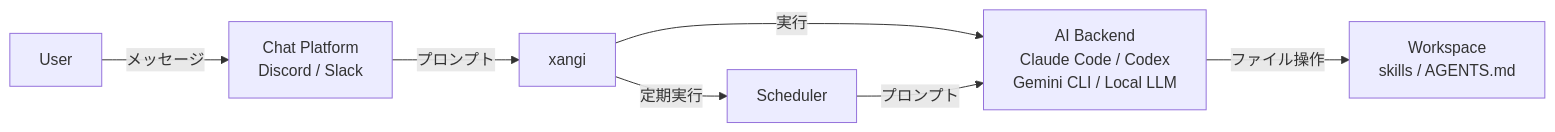
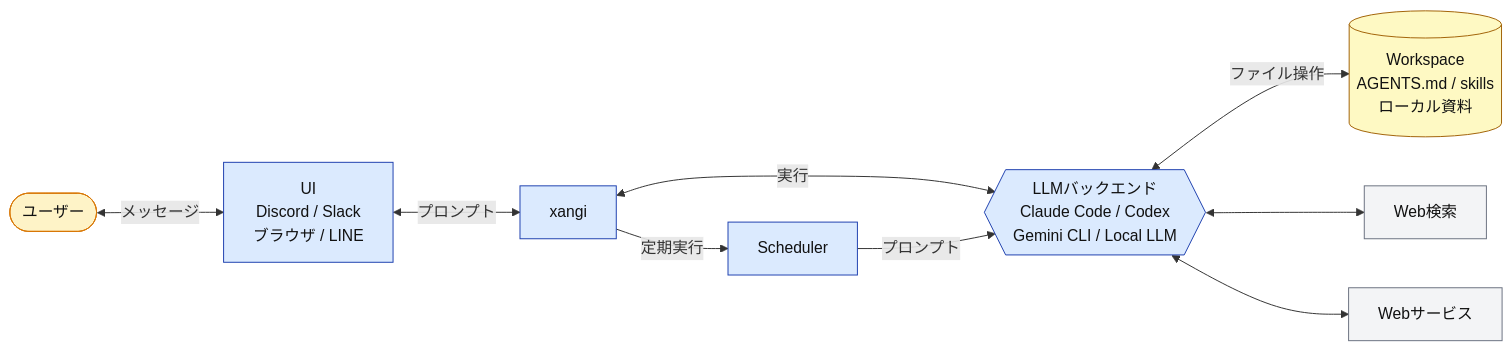
One commit to karaage0703/xangi changed the diagram in docs/design.md. Above: the diagram before and after it, drawn with Mermaid. The commit also changed other lines of this file and 16 other files, not shown here.

````diff
--- a/docs/design.md
+++ b/docs/design.md
@@ -15,9 +15,20 @@
 ```mermaid
-graph LR
-    User --> |メッセージ| Chat[Chat Platform<br/>Discord / Slack]
-    Chat --> |プロンプト| xangi
-    xangi --> |実行| CLI[AI Backend<br/>Claude Code / Codex<br/>Gemini CLI / Local LLM]
-    CLI --> |ファイル操作| WS[Workspace<br/>skills / AGENTS.md]
-    xangi --> |定期実行| Scheduler
-    Scheduler --> |プロンプト| CLI
+flowchart LR
+    User([ユーザー]) <-->|メッセージ| chat[UI<br/>Discord / Slack<br/>ブラウザ / LINE]
+    chat <-->|プロンプト| xangi[xangi]
+    xangi <-->|実行| LLM{{LLMバックエンド<br/>Claude Code / Codex<br/>Gemini CLI / Local LLM}}
+    LLM <-->|ファイル操作| WS[(Workspace<br/>AGENTS.md / skills<br/>ローカル資料)]
+    LLM <--> Web[Web検索]
+    LLM <--> Service[Webサービス]
+    xangi -->|定期実行| Scheduler
+    Scheduler -->|プロンプト| LLM
+
+    classDef user fill:#fef3c7,stroke:#d97706,color:#111;
+    classDef core fill:#dbeafe,stroke:#1e40af,color:#111;
+    classDef ws fill:#fef9c3,stroke:#a16207,color:#111;
+    classDef ext fill:#f3f4f6,stroke:#6b7280,color:#111;
+    class User user;
+    class chat,xangi,LLM,Scheduler core;
+    class WS ws;
+    class Web,Service ext;
 ```
````
